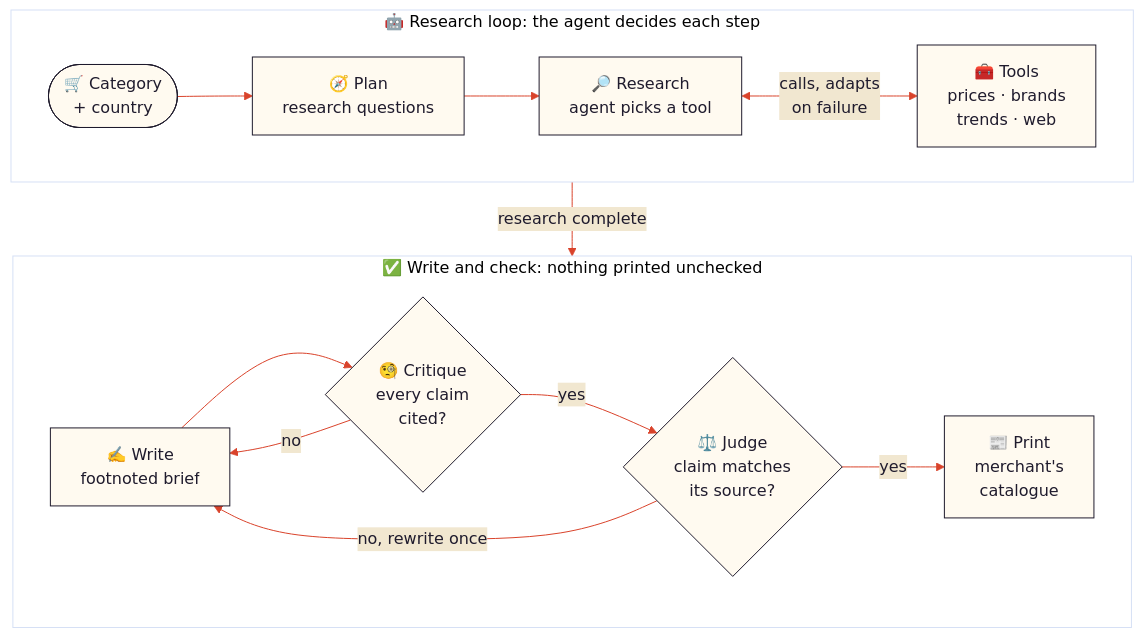
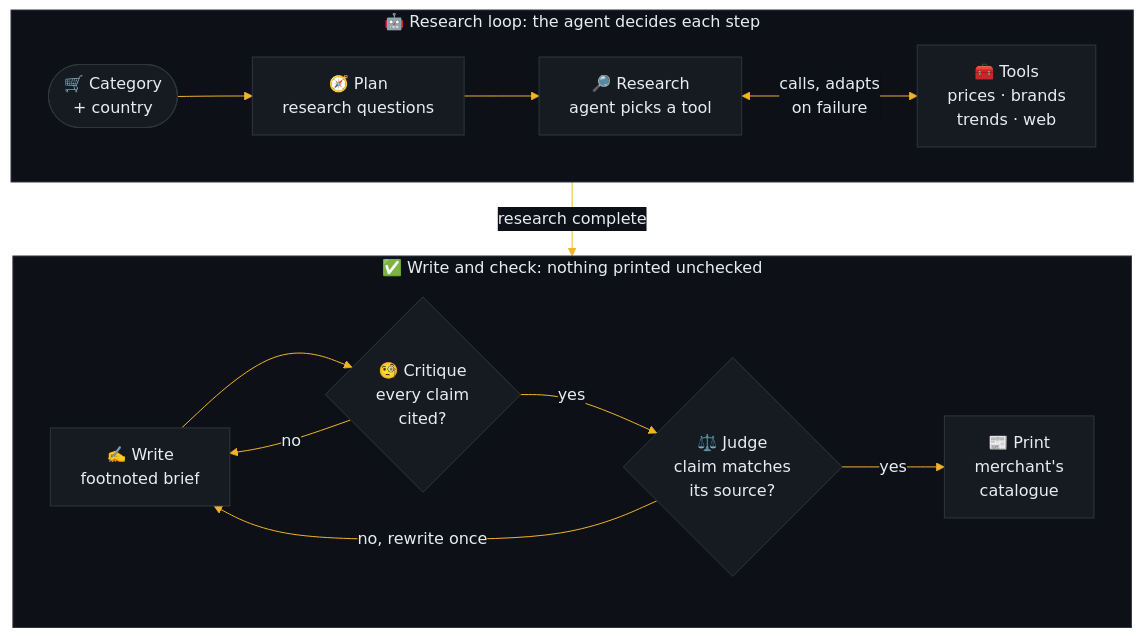
The diagram in README.md (FrankPonce/market-scout), drawn with Mermaid before and after one commit. The commit also changed 1 other file, not shown here.

Commit message:
Set the banner title on two lines so no font can clip it, and give the workflow diagram GitHub's dark colours

````diff
--- a/README.md
+++ b/README.md
@@ -30,19 +30,19 @@
 ```mermaid
-%%{init: {'theme':'base','themeVariables':{'background':'#f1e7d0','primaryColor':'#fffaf0','primaryTextColor':'#1f1b2d','primaryBorderColor':'#1f1b2d','lineColor':'#d9432b','edgeLabelBackground':'#f1e7d0','fontFamily':'Georgia, serif'}}}%%
+%%{init: {'theme':'base','themeVariables':{'background':'#0d1117','primaryColor':'#161b22','primaryTextColor':'#e6edf3','primaryBorderColor':'#30363d','secondaryColor':'#161b22','tertiaryColor':'#0d1117','lineColor':'#f0b429','textColor':'#e6edf3','titleColor':'#e6edf3','clusterBkg':'#0d1117','clusterBorder':'#30363d','edgeLabelBackground':'#0d1117','fontFamily':'Segoe UI, Inter, sans-serif'}}}%%
 flowchart TB
     subgraph R ["🤖 Research loop: the agent decides each step"]
         direction LR
         Q([🛒 Category<br/>+ country]) --> A[🧭 Plan<br/>research questions]
         A --> B[🔎 Research<br/>agent picks a tool]
         B <-->|calls, adapts<br/>on failure| C[🧰 Tools<br/>prices · brands<br/>trends · web]
     end
     subgraph W ["✅ Write and check: nothing printed unchecked"]
         direction LR
         D[✍️ Write<br/>footnoted brief] --> E{🧐 Critique<br/>every claim<br/>cited?}
         E -- no --> D
         E -- yes --> F{⚖️ Judge<br/>claim matches<br/>its source?}
         F -- "no, rewrite once" --> D
         F -- yes --> G[📰 Print<br/>merchant's<br/>catalogue]
     end
     R -- research complete --> W
 ```
````
